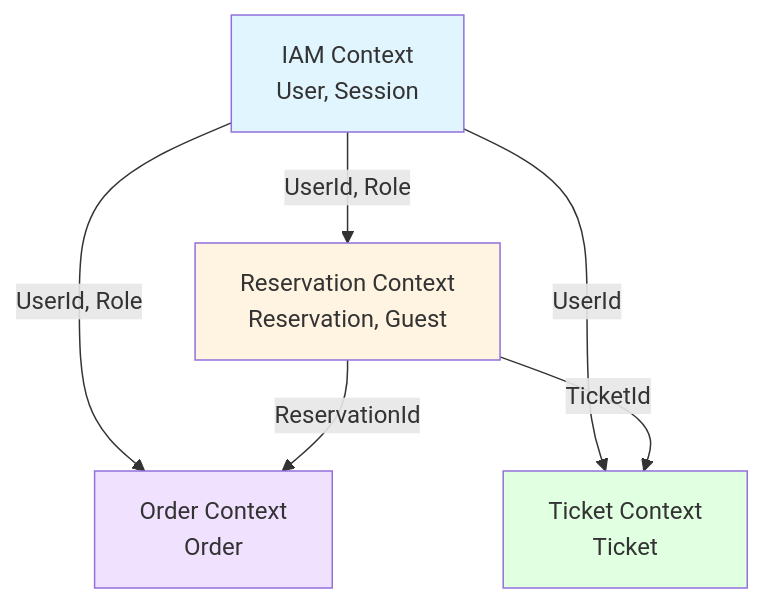
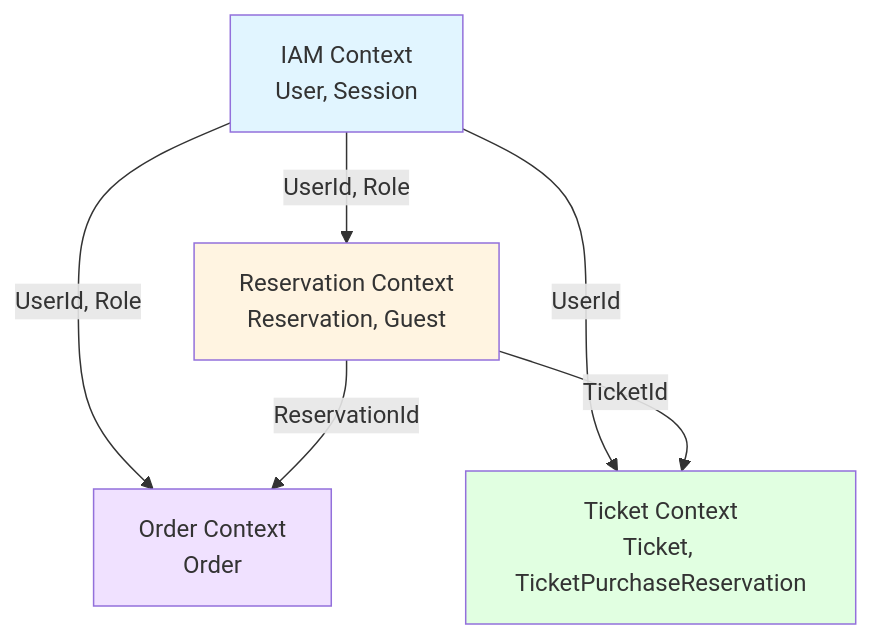
The diagram in docs/02-design/architecture.md (HiI2O/lunch-hub), drawn with Mermaid before and after one commit. The commit also changed 8 other files, not shown here.

````diff
--- a/docs/02-design/architecture.md
+++ b/docs/02-design/architecture.md
@@ -126,19 +126,19 @@
 ```mermaid
 graph TB
     IAM[IAM Context<br/>User, Session]
     Reservation[Reservation Context<br/>Reservation, Guest]
     Order[Order Context<br/>Order]
-    Ticket[Ticket Context<br/>Ticket]
+    Ticket[Ticket Context<br/>Ticket, TicketPurchaseReservation]
 
     IAM -->|UserId, Role| Reservation
     IAM -->|UserId, Role| Order
     IAM -->|UserId| Ticket
 
     Reservation -->|ReservationId| Order
     Reservation -->|TicketId| Ticket
 
     style IAM fill:#e1f5ff
     style Reservation fill:#fff4e1
     style Order fill:#f0e1ff
     style Ticket fill:#e1ffe1
 ```
````
